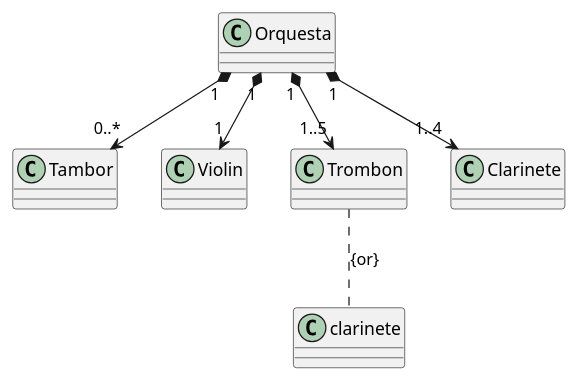
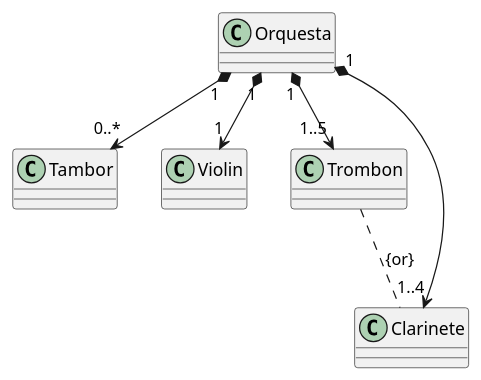
The diagram in src/Ej_3.puml (Manuelpll/Entornos_UML), drawn with PlantUML before and after one commit. The commit also changed 2 other files, not shown here.

```diff
--- a/src/Ej_3.puml
+++ b/src/Ej_3.puml
@@ -1,12 +1,12 @@
 @startuml
 Class Orquesta{}
 Class Tambor{}
 Class Violin {}
 Class Trombon {}
 Class Clarinete{}
 Orquesta "1" *--> "1" Violin
 Orquesta"1" *--> "0..*" Tambor
 Orquesta "1" *--> "1..5" Trombon
 Orquesta "1" *--> "1..4" Clarinete
-Trombon .. clarinete: {or}
+Trombon .. Clarinete: {or}
 @enduml
```
